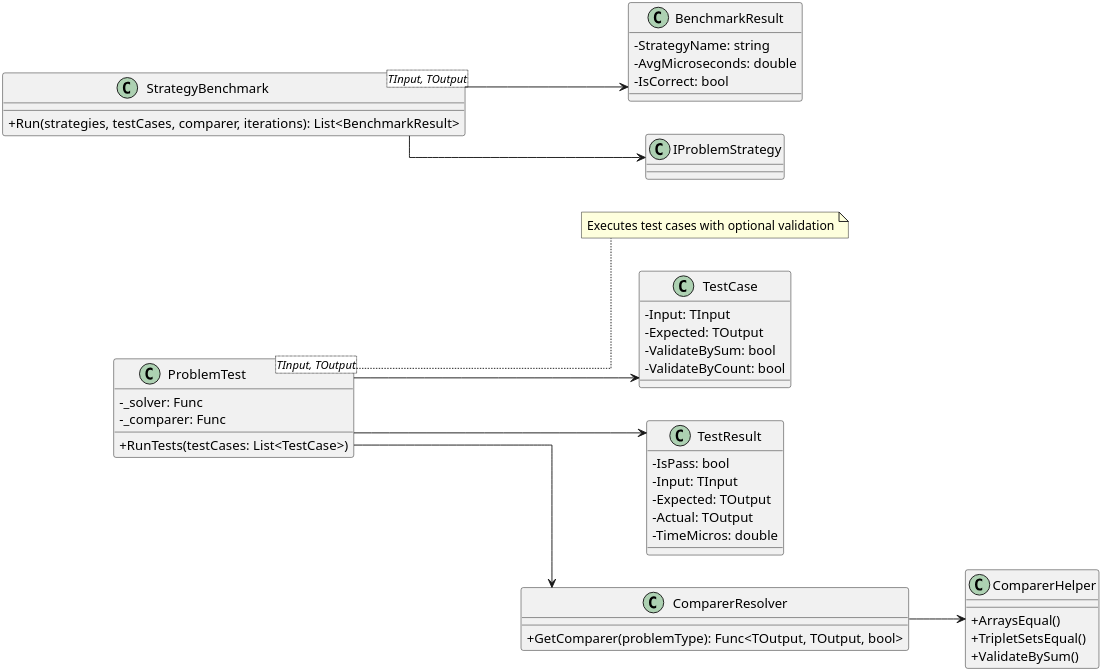
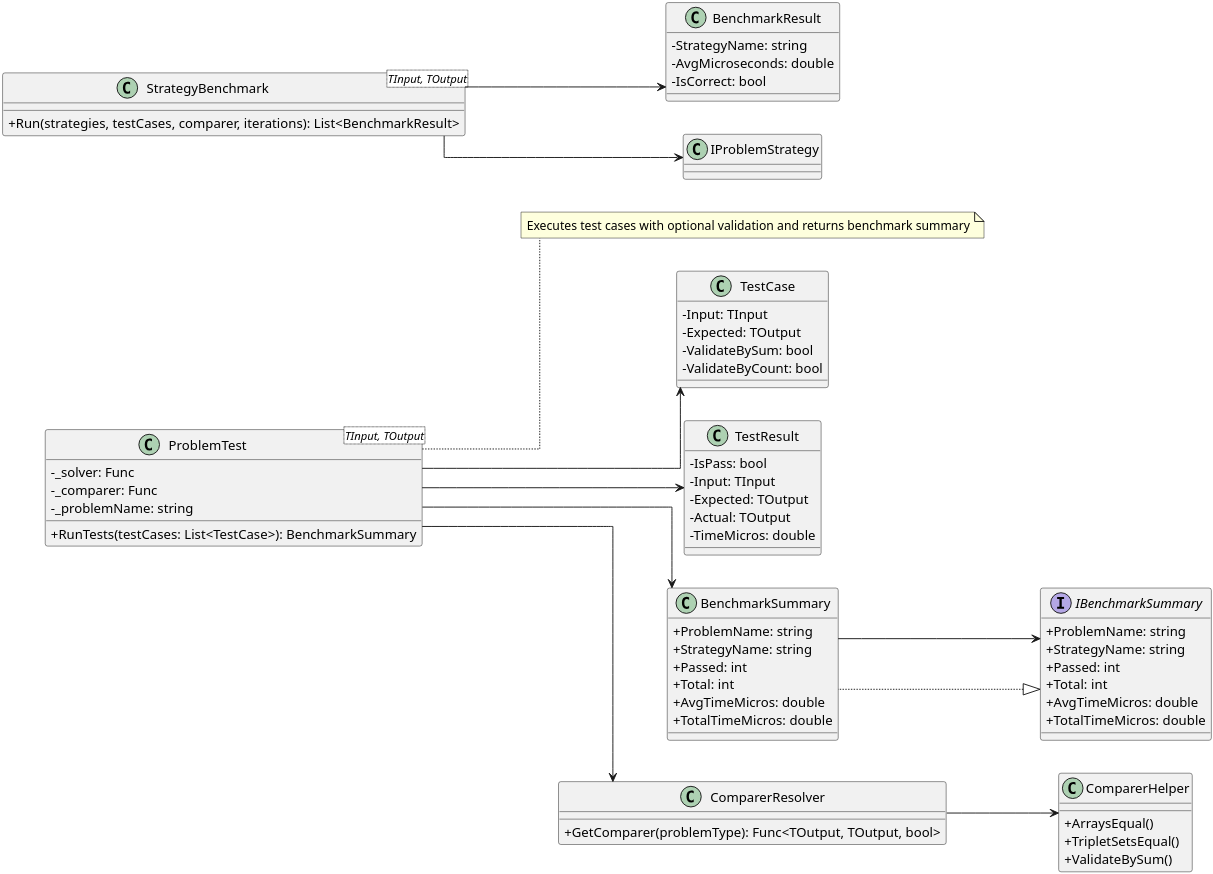
Before and after one commit to abhimanyu-builds/Leetcode: the diagram in Leetcode/Documentation/diagrams/class-testharness.puml, drawn with PlantUML. The commit also changed 7 other files, not shown here.

Commit message:
Update documentation for reflection-based strategy discovery and benchmark integration

```diff
--- a/Leetcode/Documentation/diagrams/class-testharness.puml
+++ b/Leetcode/Documentation/diagrams/class-testharness.puml
@@ -1,65 +1,86 @@
 @startuml class-testharness
 skinparam classAttributeIconSize 0
 skinparam shadowing false
 skinparam linetype ortho
 skinparam dpi 300
 left to right direction
 scale 1.5
 
 ' === Test Harness Core ===
 class ProblemTest<TInput, TOutput> {
     - _solver: Func
     - _comparer: Func
-    + RunTests(testCases: List<TestCase>)
+    - _problemName: string
+    + RunTests(testCases: List<TestCase>): BenchmarkSummary
 }
 note right of ProblemTest
-Executes test cases with optional validation
+Executes test cases with optional validation and returns benchmark summary
 end note
 
 class TestCase {
     - Input: TInput
     - Expected: TOutput
     - ValidateBySum: bool
     - ValidateByCount: bool
 }
 
 class TestResult {
     - IsPass: bool
     - Input: TInput
     - Expected: TOutput
     - Actual: TOutput
     - TimeMicros: double
 }
 
 ' === Benchmarking ===
+interface IBenchmarkSummary {
+    + ProblemName: string
+    + StrategyName: string
+    + Passed: int
+    + Total: int
+    + AvgTimeMicros: double
+    + TotalTimeMicros: double
+}
+
+class BenchmarkSummary implements IBenchmarkSummary {
+    + ProblemName: string
+    + StrategyName: string
+    + Passed: int
+    + Total: int
+    + AvgTimeMicros: double
+    + TotalTimeMicros: double
+}
+
 class StrategyBenchmark<TInput, TOutput> {
     + Run(strategies, testCases, comparer, iterations): List<BenchmarkResult>
 }
 
 class BenchmarkResult {
     - StrategyName: string
     - AvgMicroseconds: double
     - IsCorrect: bool
 }
 
 ' === Comparer Logic ===
 class ComparerResolver {
     + GetComparer(problemType): Func<TOutput, TOutput, bool>
 }
 
 class ComparerHelper {
     + ArraysEqual()
     + TripletSetsEqual()
     + ValidateBySum()
 }
 
 ' === Relationships ===
 ProblemTest --> TestCase
 ProblemTest --> TestResult
+ProblemTest --> BenchmarkSummary
+BenchmarkSummary --> IBenchmarkSummary
 ProblemTest --> ComparerResolver
 ComparerResolver --> ComparerHelper
 
 StrategyBenchmark --> BenchmarkResult
 StrategyBenchmark --> IProblemStrategy
 
 @enduml
```
